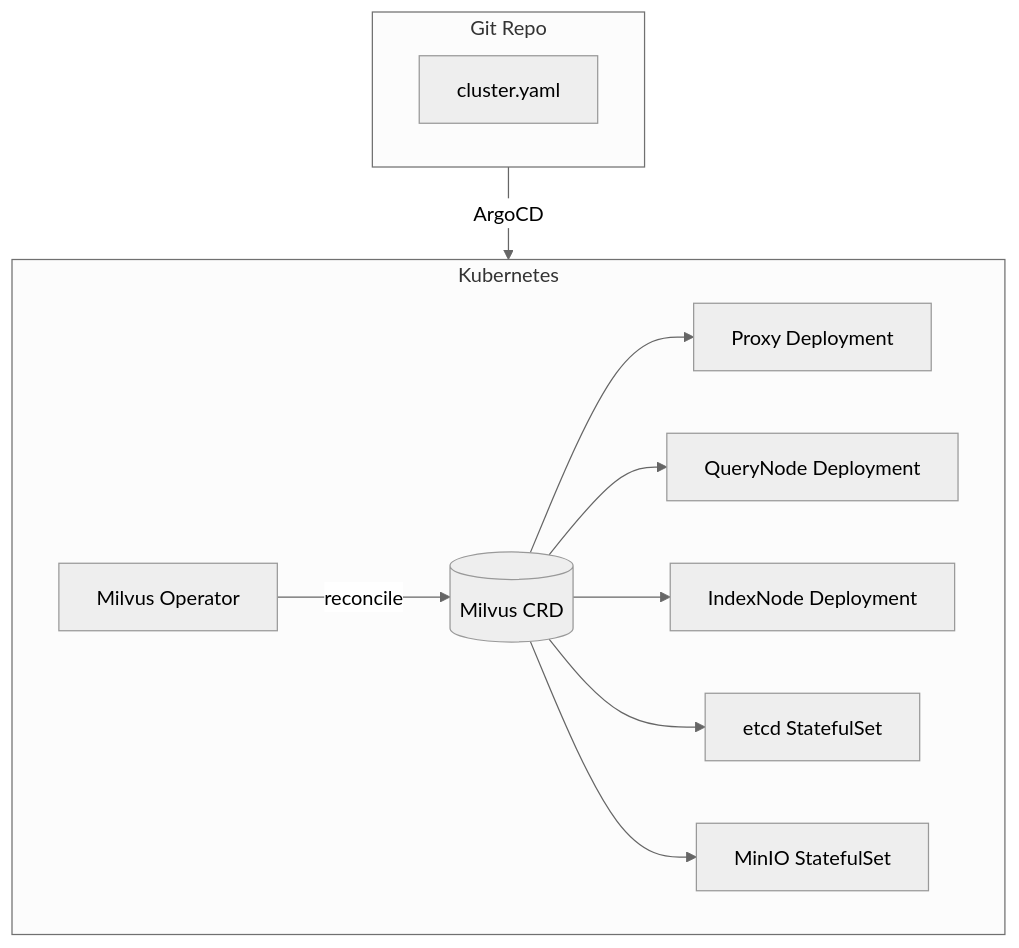
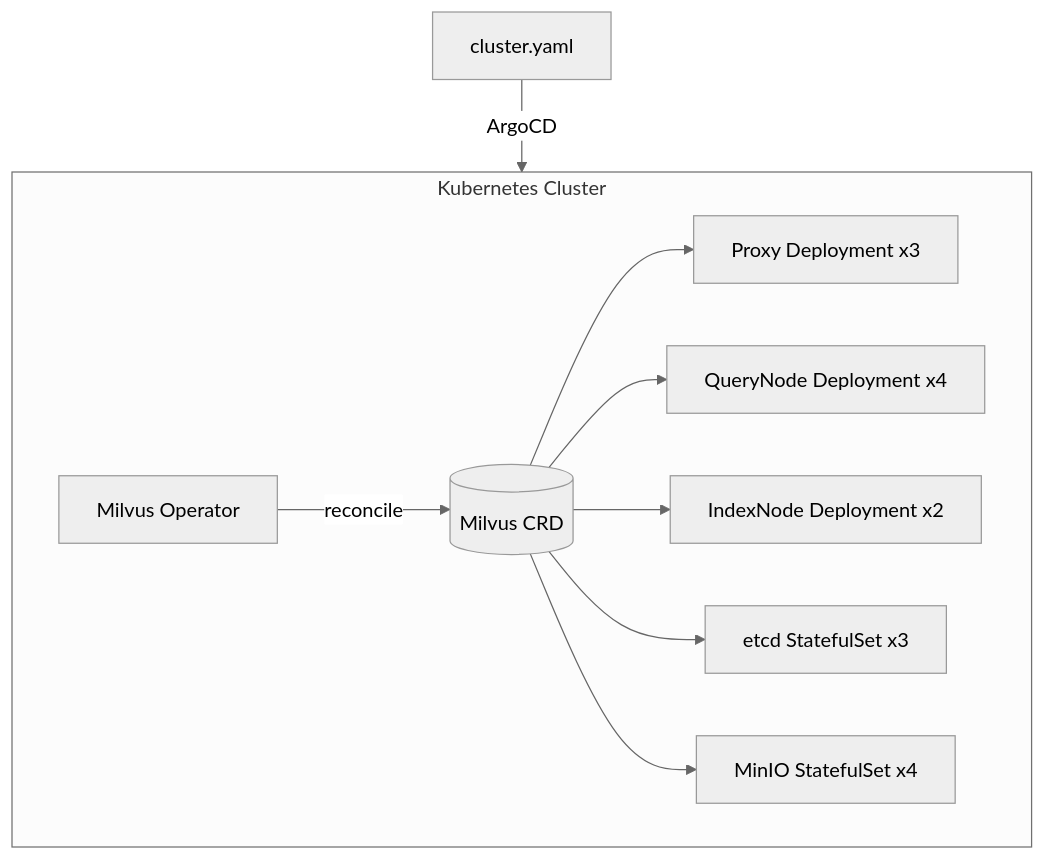
One commit to Leito2/Learning changed the first of 4 diagrams in SW-ML-AI Engineering/10 - Cloud, Infra y Backend/33 - Vector Databases and Semantic Search/08 - Milvus II - Kubernetes and Multi-tenancy.md. Above: the diagram before and after it, drawn with Mermaid (neutral theme). The commit also changed other lines of this file and 123 other files, not shown here.

````diff
--- a/SW-ML-AI Engineering/10 - Cloud, Infra y Backend/33 - Vector Databases and Semantic Search/08 - Milvus II - Kubernetes and Multi-tenancy.md
+++ b/SW-ML-AI Engineering/10 - Cloud, Infra y Backend/33 - Vector Databases and Semantic Search/08 - Milvus II - Kubernetes and Multi-tenancy.md
@@ -121,17 +98,14 @@
 ```mermaid
 flowchart TB
-    subgraph K8s["Kubernetes"]
+    subgraph K8s["Kubernetes Cluster"]
         OP[Milvus Operator]
         CR[(Milvus CRD)]
         OP -->|reconcile| CR
-        CR --> P1[Proxy Deployment]
-        CR --> QN[QueryNode Deployment]
-        CR --> IN[IndexNode Deployment]
-        CR --> ET[etcd StatefulSet]
-        CR --> S3[MinIO StatefulSet]
+        CR --> P1[Proxy Deployment x3]
+        CR --> QN[QueryNode Deployment x4]
+        CR --> IN[IndexNode Deployment x2]
+        CR --> ET[etcd StatefulSet x3]
+        CR --> S3[MinIO StatefulSet x4]
     end
-    subgraph Git["Git Repo"]
-        Y[cluster.yaml]
-    end
-    Git -->|ArgoCD| K8s
+    Git[cluster.yaml] -->|ArgoCD| K8s
 ```
````
